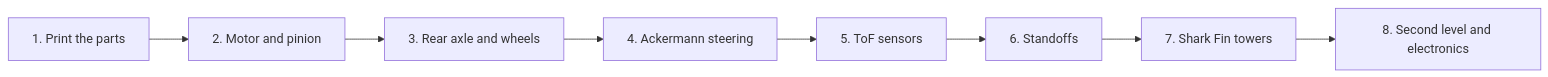
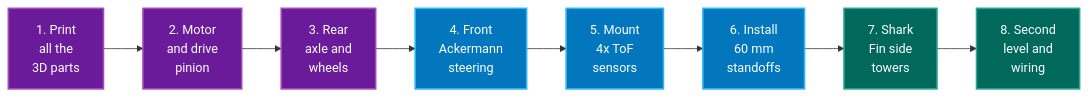
The tenth of 20 diagrams in README.md (erchivox/Prometheus-Team-2026), drawn with Mermaid before and after one commit.

````diff
--- a/README.md
+++ b/README.md
@@ -1451,5 +1451,14 @@
 ```mermaid
-flowchart LR
-    P1["1. Print the parts"] --> P2["2. Motor and pinion"] --> P3["3. Rear axle and wheels"] --> P4["4. Ackermann steering"]
-    P4 --> P5["5. ToF sensors"] --> P6["6. Standoffs"] --> P7["7. Shark Fin towers"] --> P8["8. Second level and electronics"]
+graph LR
+    classDef step1 fill:#6a1b9a,stroke:#ab47bc,stroke-width:2px,color:#fff;
+    classDef step2 fill:#0277bd,stroke:#29b6f6,stroke-width:2px,color:#fff;
+    classDef step3 fill:#00695c,stroke:#26a69a,stroke-width:2px,color:#fff;
+
+    P1["1. Print<br>all the<br>3D parts"]:::step1 --> P2["2. Motor<br>and drive<br>pinion"]:::step1
+    P2 --> P3["3. Rear<br>axle and<br>wheels"]:::step1
+    P3 --> P4["4. Front<br>Ackermann<br>steering"]:::step2
+    P4 --> P5["5. Mount<br>4x ToF<br>sensors"]:::step2
+    P5 --> P6["6. Install<br>60 mm<br>standoffs"]:::step2
+    P6 --> P7["7. Shark<br>Fin side<br>towers"]:::step3
+    P7 --> P8["8. Second<br>level and<br>wiring"]:::step3
 ```
````
